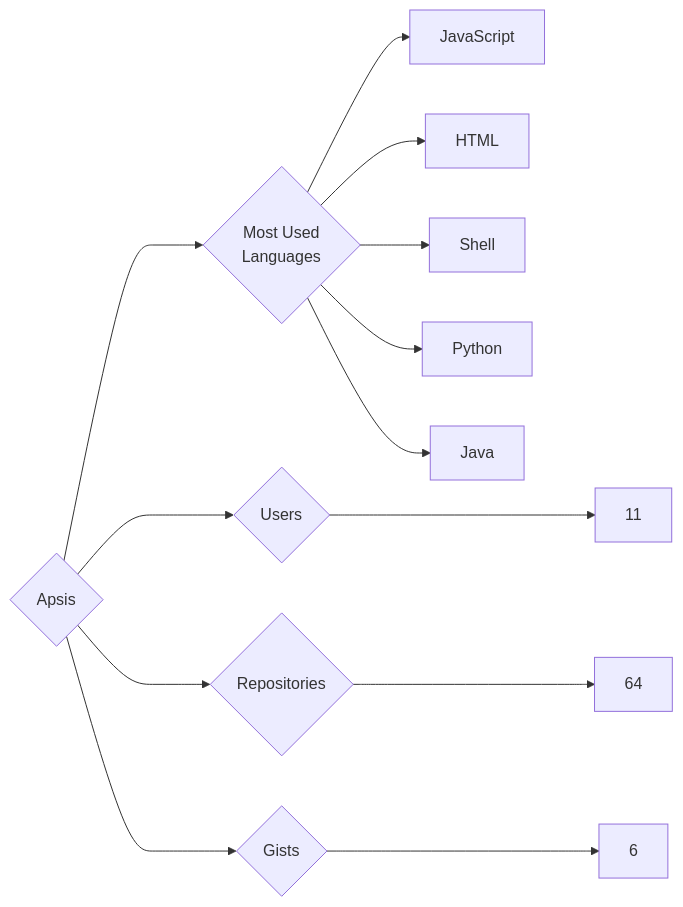
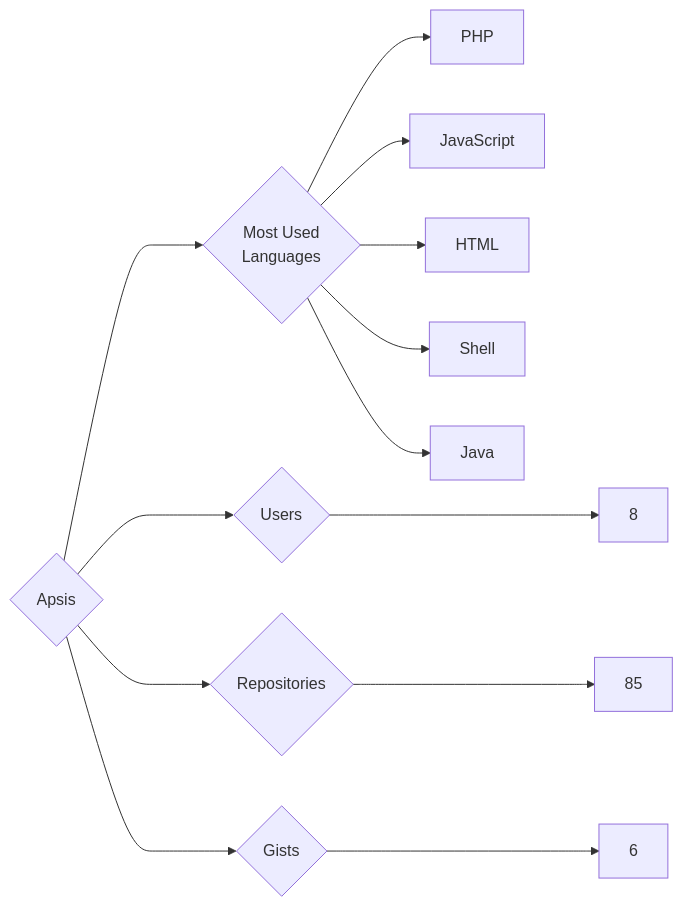
One commit to trickest/insiders changed the diagram in targets/Apsis/README.md. Above: the diagram before and after it, drawn with Mermaid. The commit also changed 998 other files, not shown here.

````diff
--- a/targets/Apsis/README.md
+++ b/targets/Apsis/README.md
@@ -3,13 +3,13 @@
 ```mermaid
 graph LR
 COMPANY_NAME{Apsis}
-COMPANY_NAME ---> U{Users} ---> UN[11]
-COMPANY_NAME ---> R{Repositories} ---> RN[64]
+COMPANY_NAME ---> U{Users} ---> UN[8]
+COMPANY_NAME ---> R{Repositories} ---> RN[85]
 COMPANY_NAME ---> G{Gists} ---> GN[6]
 COMPANY_NAME ---> ML{Most Used<br>Languages}
+ML --> PHP[PHP]
 ML --> JavaScript[JavaScript]
 ML --> HTML[HTML]
 ML --> Shell[Shell]
-ML --> Python[Python]
 ML --> Java[Java]
 ```
````
